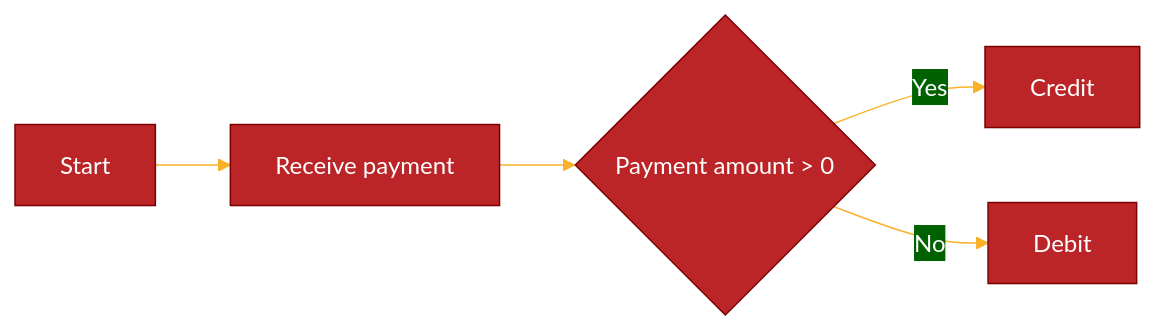
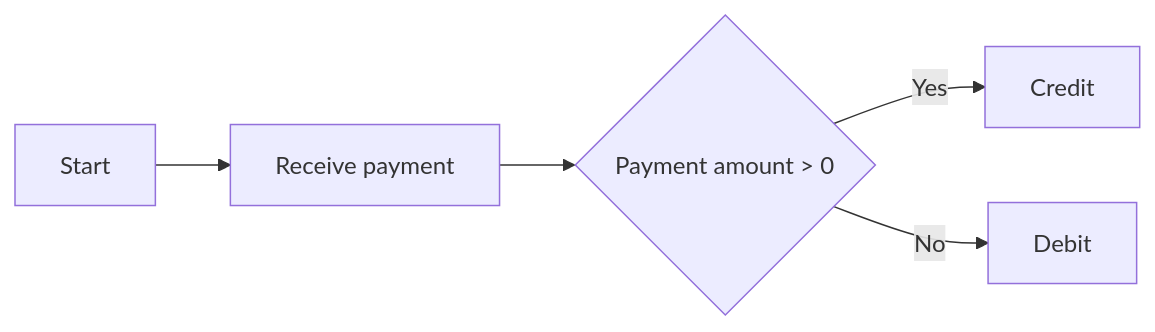
One commit to ShareMyWebStuff/mermaid-presentation changed the second of 2 diagrams in README.md. Above: the diagram before and after it, drawn with Mermaid.

Commit message:
Added a few charts.

````diff
--- a/README.md
+++ b/README.md
@@ -82,20 +82,21 @@
 ```mermaid
 %%{
   init: {
     'theme': 'base',
     'themeVariables': {
       'primaryColor': '#BB2528',
       'primaryTextColor': '#fff',
       'primaryBorderColor': '#7C0000',
       'lineColor': '#F8B229',
       'secondaryColor': '#006100',
-      'tertiaryColor': '#fff'
+      'tertiaryColor': '#fff',
+      'mainBkg': '#fff',
     }
   }
 }%%
 flowchart LR
     A[Start] --> B[Receive payment]
     B --> C{Payment amount > 0}
     C --> |Yes| D[Credit]
     C --> |No| E[Debit]
 ```
````
